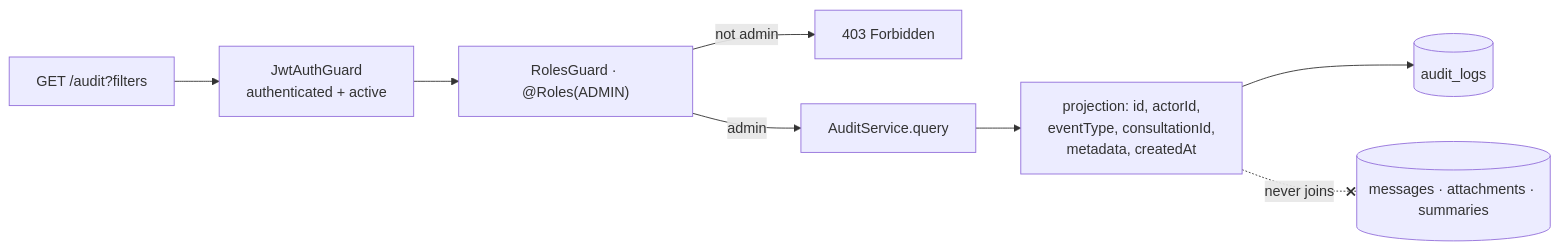
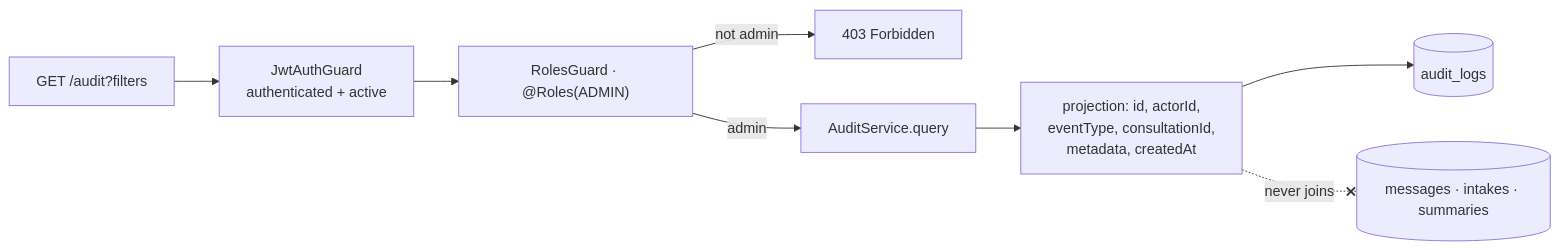
The diagram in docs/audit-logging.md (akritiupreti/virtual-consultation-platform), drawn with Mermaid before and after one commit. The commit also changed other lines of this file and 193 other files, not shown here.

First line of the commit message:
refactor: simplify consultation workflow and fix data-model diagram

````diff
--- a/docs/audit-logging.md
+++ b/docs/audit-logging.md
@@ -34,10 +34,10 @@
 ```mermaid
 flowchart LR
     req[GET /audit?filters] --> jwt[JwtAuthGuard<br/>authenticated + active]
     jwt --> role["RolesGuard · @Roles(ADMIN)"]
     role -->|not admin| deny[403 Forbidden]
     role -->|admin| q[AuditService.query]
     q --> proj["projection: id, actorId,<br/>eventType, consultationId,<br/>metadata, createdAt"]
     proj --> db[(audit_logs)]
-    proj -. never joins .-x clinical[(messages · attachments · summaries)]
+    proj -. never joins .-x clinical[(messages · intakes · summaries)]
 ```
````
